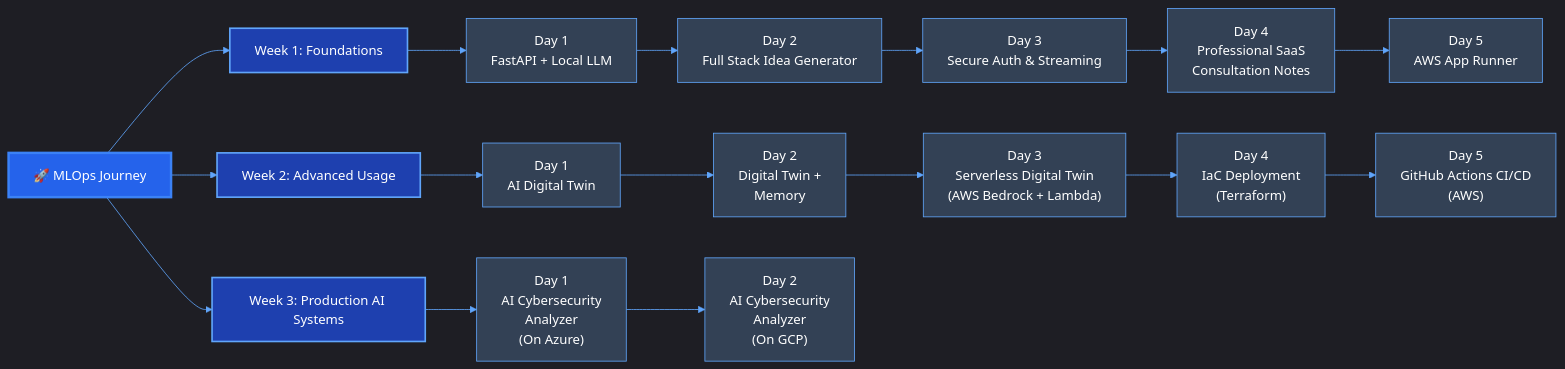
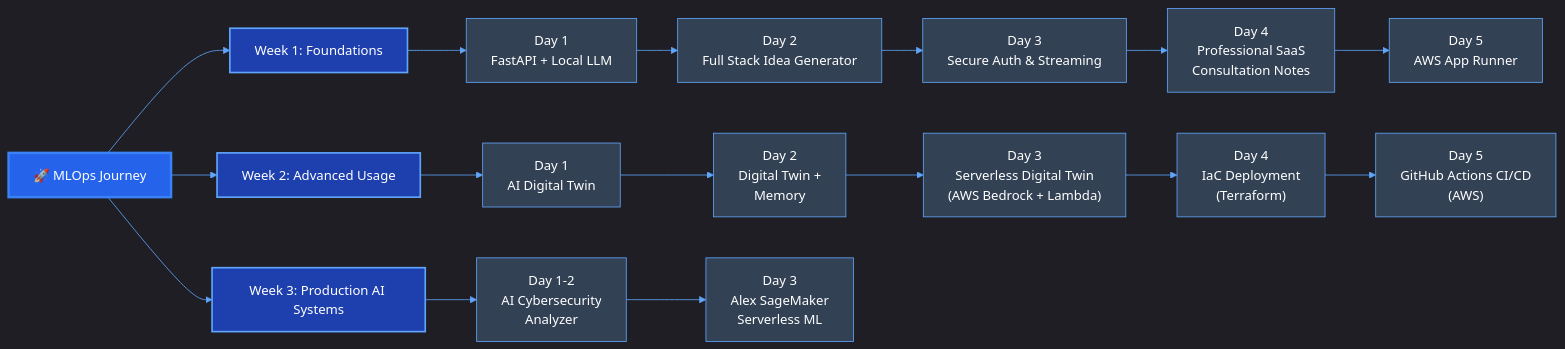
One commit to baloglu321/mlops-journey changed the first of 4 diagrams in README.md. Above: the diagram before and after it, drawn with Mermaid. The commit also changed other lines of this file and 1 other file, not shown here.

````diff
--- a/README.md
+++ b/README.md
@@ -23,36 +23,36 @@
 ```mermaid
 %%{init: {'theme': 'dark', 'themeVariables': { 'primaryColor': '#2563eb', 'primaryTextColor': '#fff', 'primaryBorderColor': '#3b82f6', 'lineColor': '#60a5fa', 'secondaryColor': '#1e40af', 'tertiaryColor': '#1e3a8a'}}}%%
 graph LR
     A[🚀 MLOps Journey] --> B[Week 1: Foundations]
     B --> C[Day 1<br/>FastAPI + Local LLM]
     C --> D[Day 2<br/>Full Stack Idea Generator]
     D --> E[Day 3<br/>Secure Auth & Streaming]
     E --> F[Day 4<br/>Professional SaaS<br/>Consultation Notes]
     F --> G[Day 5<br/>AWS App Runner]
     A --> H[Week 2: Advanced Usage]
     H --> I[Day 1<br/>AI Digital Twin]
     I --> J[Day 2<br/>Digital Twin +<br/>Memory]
     J --> K["Day 3<br/>Serverless Digital Twin<br/>(AWS Bedrock + Lambda)"]
     K --> L["Day 4<br/>IaC Deployment<br/>(Terraform)"]
     L --> M["Day 5<br/>GitHub Actions CI/CD<br/>(AWS)"]
     A --> N[Week 3: Production AI Systems]
-    N --> O["Day 1<br/>AI Cybersecurity<br/>Analyzer<br/>(On Azure)"]
-    O --> P["Day 2<br/>AI Cybersecurity<br/>Analyzer<br/>(On GCP)"]
+    N --> O["Day 1-2<br/>AI Cybersecurity<br/>Analyzer"]
+    O --> P["Day 3<br/>Alex SageMaker<br/>Serverless ML"]
     
     style A fill:#2563eb,stroke:#3b82f6,stroke-width:3px,color:#fff
     style B fill:#1e40af,stroke:#60a5fa,stroke-width:2px,color:#fff
     style C fill:#334155,stroke:#60a5fa,color:#fff
     style D fill:#334155,stroke:#60a5fa,color:#fff
     style E fill:#334155,stroke:#60a5fa,color:#fff
     style F fill:#334155,stroke:#60a5fa,color:#fff
     style G fill:#334155,stroke:#60a5fa,color:#fff
     style H fill:#1e40af,stroke:#60a5fa,stroke-width:2px,color:#fff
     style I fill:#334155,stroke:#60a5fa,color:#fff
     style J fill:#334155,stroke:#60a5fa,color:#fff
     style K fill:#334155,stroke:#60a5fa,color:#fff
     style L fill:#334155,stroke:#60a5fa,color:#fff
     style M fill:#334155,stroke:#60a5fa,color:#fff
     style N fill:#1e40af,stroke:#60a5fa,stroke-width:2px,color:#fff
     style O fill:#334155,stroke:#60a5fa,color:#fff
     style P fill:#334155,stroke:#60a5fa,color:#fff
 ```
````
